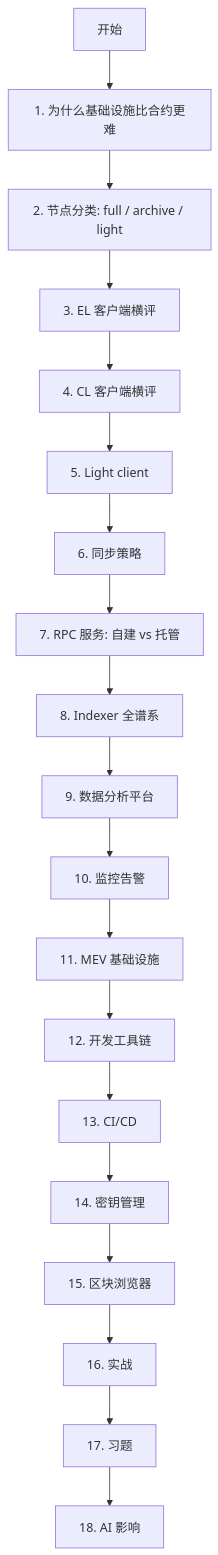
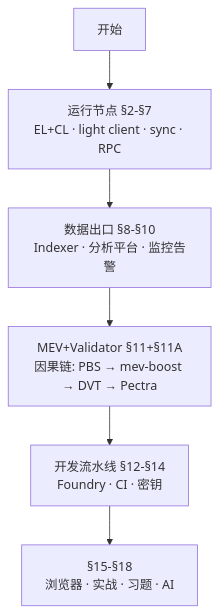
Before and after one commit to ChuwuYo/misc-files: the first of 21 diagrams in web3-engineer-guide/11-基础设施与工具/README.md, drawn with Mermaid. The commit also changed other lines of this file and 690 other files, not shown here.

````diff
--- a/web3-engineer-guide/11-基础设施与工具/README.md
+++ b/web3-engineer-guide/11-基础设施与工具/README.md
@@ -31,21 +13,8 @@
 ```mermaid
 flowchart TD
-    Start[开始] --> CH1[1. 为什么基础设施比合约更难]
-    CH1 --> CH2[2. 节点分类: full / archive / light]
-    CH2 --> CH3[3. EL 客户端横评]
-    CH3 --> CH4[4. CL 客户端横评]
-    CH4 --> CH5[5. Light client]
-    CH5 --> CH6[6. 同步策略]
-    CH6 --> CH7[7. RPC 服务: 自建 vs 托管]
-    CH7 --> CH8[8. Indexer 全谱系]
-    CH8 --> CH9[9. 数据分析平台]
-    CH9 --> CH10[10. 监控告警]
-    CH10 --> CH11[11. MEV 基础设施]
-    CH11 --> CH12[12. 开发工具链]
-    CH12 --> CH13[13. CI/CD]
-    CH13 --> CH14[14. 密钥管理]
-    CH14 --> CH15[15. 区块浏览器]
-    CH15 --> CH16[16. 实战]
-    CH16 --> CH17[17. 习题]
-    CH17 --> CH18[18. AI 影响]
+    Start[开始] --> Run[运行节点 §2-§7<br/>EL+CL · light client · sync · RPC]
+    Run --> Data[数据出口 §8-§10<br/>Indexer · 分析平台 · 监控告警]
+    Data --> MEV[MEV+Validator §11+§11A<br/>因果链: PBS → mev-boost → DVT → Pectra]
+    MEV --> Dev[开发流水线 §12-§14<br/>Foundry · CI · 密钥]
+    Dev --> Tail[§15-§18<br/>浏览器 · 实战 · 习题 · AI]
 ```
````
